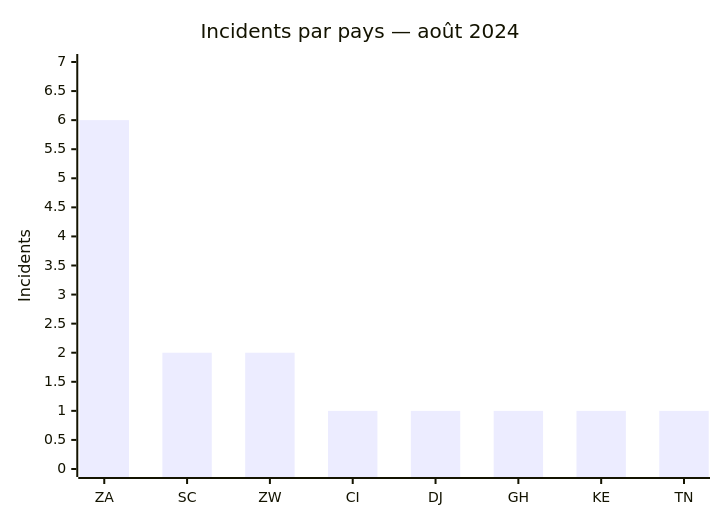
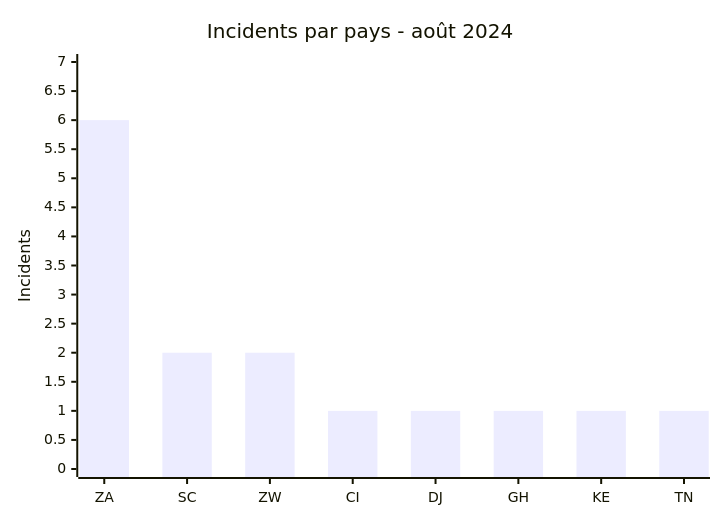
One commit to Hatchepsoute/AFRINTEL changed the first of 2 diagrams in CyberAttackAfrica/2024/08-august/README_FR.md. Above: the diagram before and after it, drawn with Mermaid. The commit also changed other lines of this file and 182 other files, not shown here.

````diff
--- a/CyberAttackAfrica/2024/08-august/README_FR.md
+++ b/CyberAttackAfrica/2024/08-august/README_FR.md
@@ -48,7 +48,7 @@
 ```mermaid
 xychart
-    title "Incidents par pays — août 2024"
+    title "Incidents par pays - août 2024"
     x-axis ["ZA","SC","ZW","CI","DJ","GH","KE","TN"]
     y-axis "Incidents" 0 --> 7
     bar [6,2,2,1,1,1,1,1]
 ```
````
